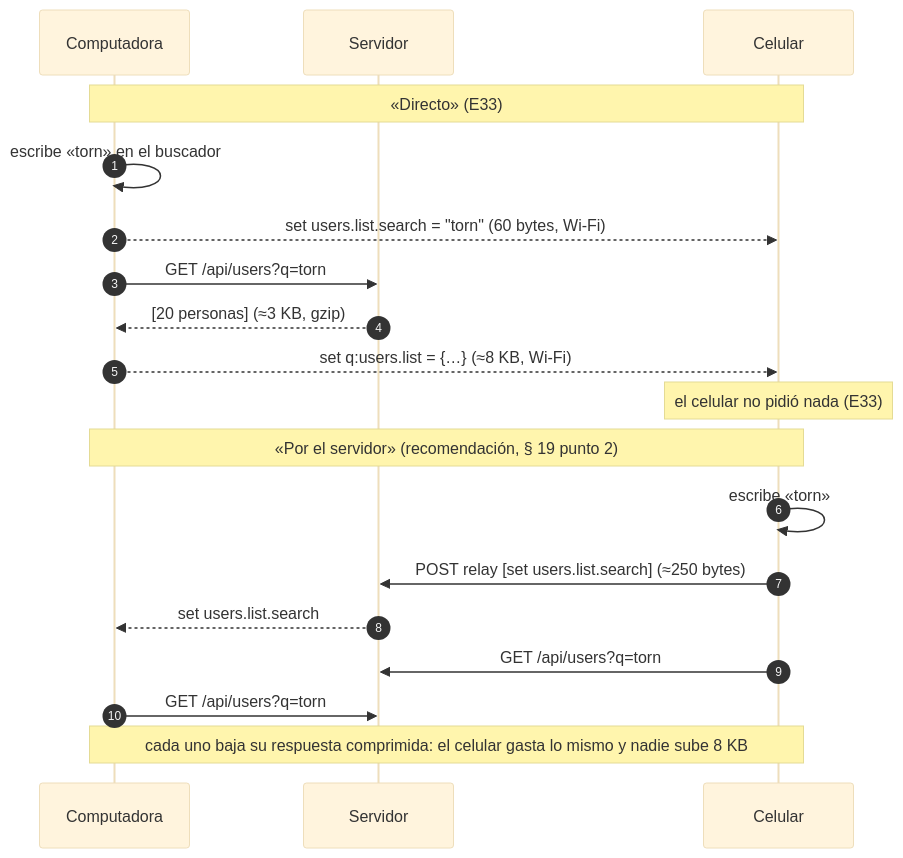
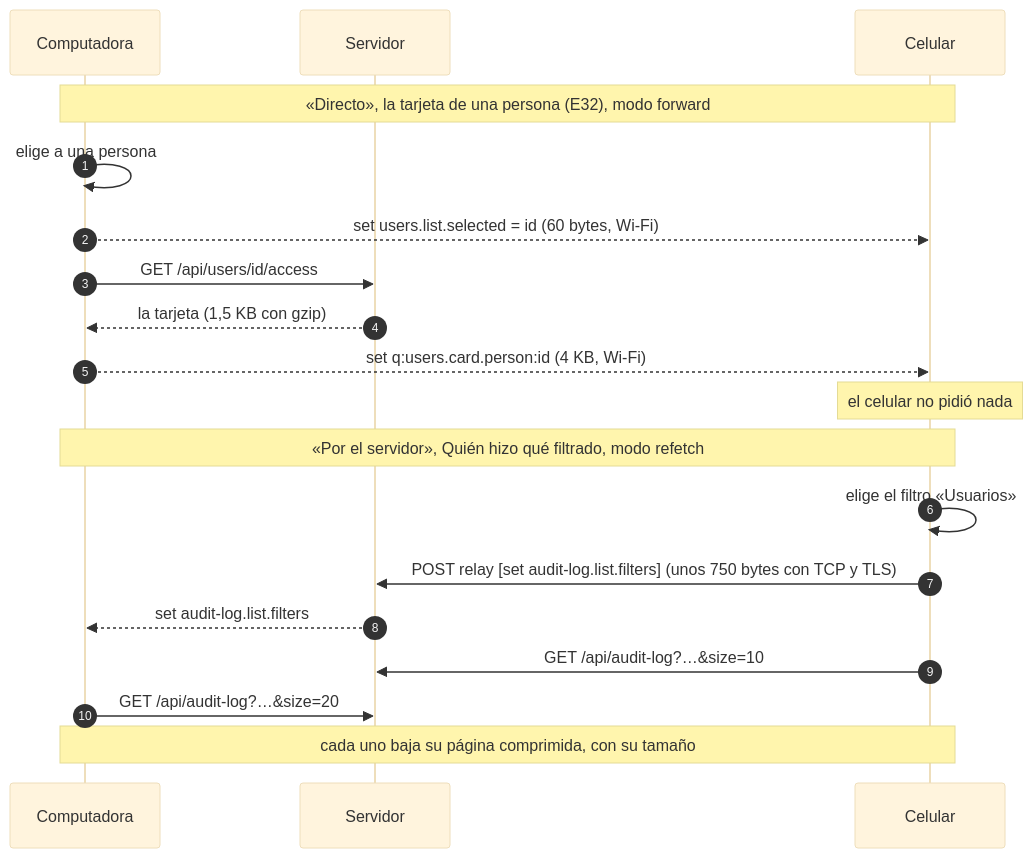
One commit to carlos-illobre/ferrebress changed the sixth of 13 diagrams in docs/technical/modules/device-link.md. Above: the diagram before and after it, drawn with Mermaid (base theme). The commit also changed other lines of this file and 10 other files, not shown here.

````diff
--- a/docs/technical/modules/device-link.md
+++ b/docs/technical/modules/device-link.md
@@ -495,21 +568,21 @@
 ```mermaid
 sequenceDiagram
   autonumber
   participant PC as Computadora
   participant S as Servidor
   participant CE as Celular
-  Note over PC,CE: «Directo» (E33)
-  PC->>PC: escribe «torn» en el buscador
-  PC-->>CE: set users.list.search = "torn" (60 bytes, Wi-Fi)
-  PC->>S: GET /api/users?q=torn
-  S-->>PC: [20 personas] (≈3 KB, gzip)
-  PC-->>CE: set q:users.list = {…} (≈8 KB, Wi-Fi)
-  Note over CE: el celular no pidió nada (E33)
-  Note over PC,CE: «Por el servidor» (recomendación, § 19 punto 2)
-  CE->>CE: escribe «torn»
-  CE->>S: POST relay [set users.list.search] (≈250 bytes)
-  S-->>PC: set users.list.search
-  CE->>S: GET /api/users?q=torn
-  PC->>S: GET /api/users?q=torn
-  Note over PC,CE: cada uno baja su respuesta comprimida: el celular gasta lo mismo y nadie sube 8 KB
+  Note over PC,CE: «Directo», la tarjeta de una persona (E32), modo forward
+  PC->>PC: elige a una persona
+  PC-->>CE: set users.list.selected = id (60 bytes, Wi-Fi)
+  PC->>S: GET /api/users/id/access
+  S-->>PC: la tarjeta (1,5 KB con gzip)
+  PC-->>CE: set q:users.card.person:id (4 KB, Wi-Fi)
+  Note over CE: el celular no pidió nada
+  Note over PC,CE: «Por el servidor», Quién hizo qué filtrado, modo refetch
+  CE->>CE: elige el filtro «Usuarios»
+  CE->>S: POST relay [set audit-log.list.filters] (unos 750 bytes con TCP y TLS)
+  S-->>PC: set audit-log.list.filters
+  CE->>S: GET /api/audit-log?…&size=10
+  PC->>S: GET /api/audit-log?…&size=20
+  Note over PC,CE: cada uno baja su página comprimida, con su tamaño
 ```
````
